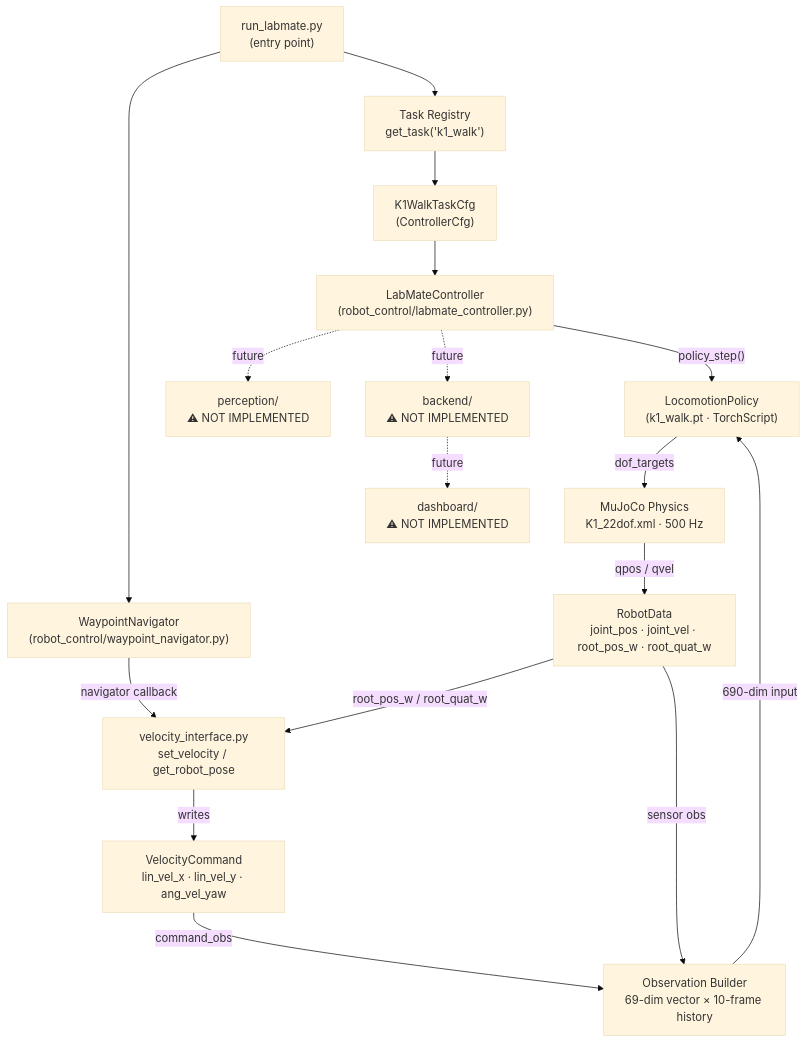
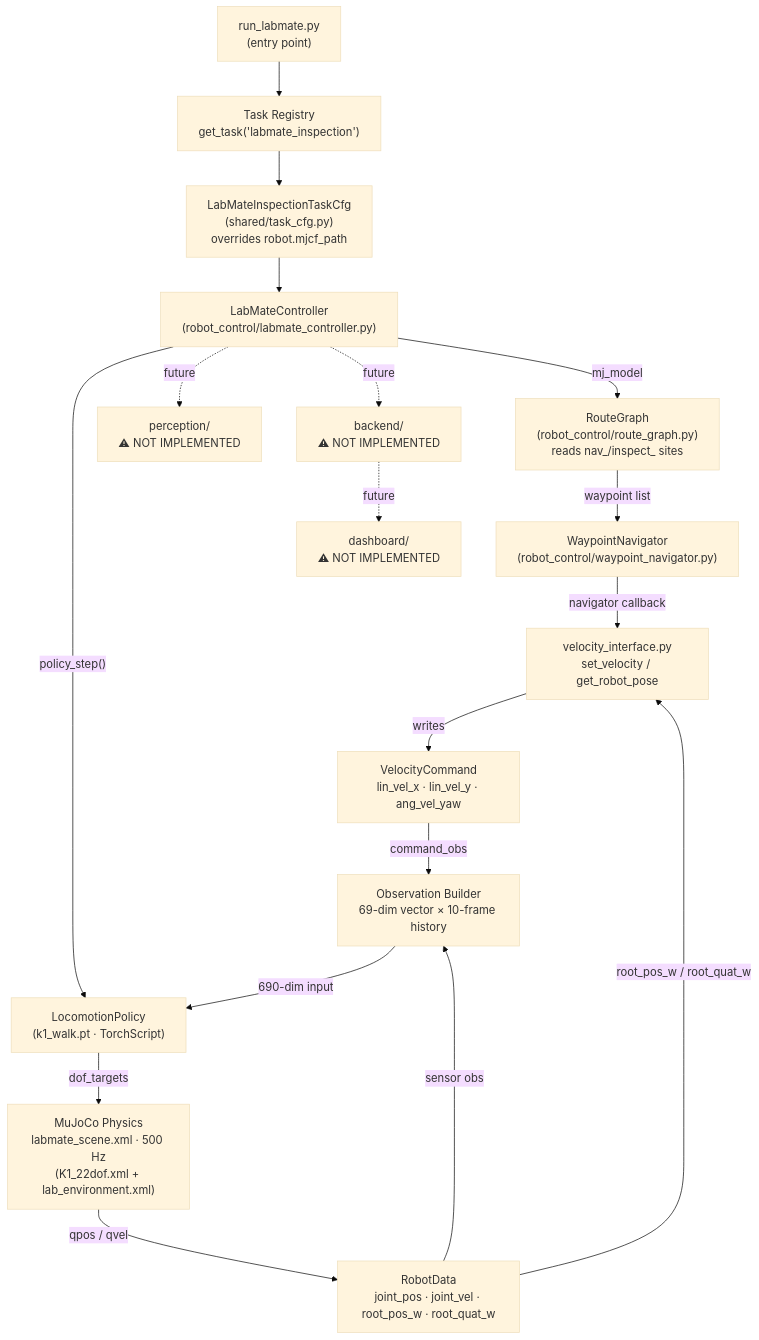
The diagram in README.md (marcravel/labmate), drawn with Mermaid (base theme) before and after one commit. The commit also changed other lines of this file and 6 other files, not shown here.

````diff
--- a/README.md
+++ b/README.md
@@ -40,34 +40,36 @@
 ```mermaid
 flowchart TD
     EP["run_labmate.py\n(entry point)"]
-    REG["Task Registry\nget_task('k1_walk')"]
-    CFG["K1WalkTaskCfg\n(ControllerCfg)"]
+    REG["Task Registry\nget_task('labmate_inspection')"]
+    CFG["LabMateInspectionTaskCfg\n(shared/task_cfg.py)\noverrides robot.mjcf_path"]
     LC["LabMateController\n(robot_control/labmate_controller.py)"]
+    RG["RouteGraph\n(robot_control/route_graph.py)\nreads nav_/inspect_ sites"]
     WN["WaypointNavigator\n(robot_control/waypoint_navigator.py)"]
     VI["velocity_interface.py\nset_velocity / get_robot_pose"]
     VC["VelocityCommand\nlin_vel_x · lin_vel_y · ang_vel_yaw"]
     LP["LocomotionPolicy\n(k1_walk.pt · TorchScript)"]
     OBS["Observation Builder\n69-dim vector × 10-frame history"]
-    MJ["MuJoCo Physics\nK1_22dof.xml · 500 Hz"]
+    MJ["MuJoCo Physics\nlabmate_scene.xml · 500 Hz\n(K1_22dof.xml + lab_environment.xml)"]
     RD["RobotData\njoint_pos · joint_vel · root_pos_w · root_quat_w"]
 
     PERC["perception/\n⚠ NOT IMPLEMENTED"]
     BACK["backend/\n⚠ NOT IMPLEMENTED"]
     DASH["dashboard/\n⚠ NOT IMPLEMENTED"]
 
     EP --> REG --> CFG --> LC
-    EP --> WN
+    LC -- "mj_model" --> RG
+    RG -- "waypoint list" --> WN
     WN -- "navigator callback" --> VI
     VI -- "writes" --> VC
     LC -- "policy_step()" --> LP
     VC -- "command_obs" --> OBS
     RD -- "sensor obs" --> OBS
     OBS -- "690-dim input" --> LP
     LP -- "dof_targets" --> MJ
     MJ -- "qpos / qvel" --> RD
     RD -- "root_pos_w / root_quat_w" --> VI
 
     LC -.->|"future"| PERC
     LC -.->|"future"| BACK
     BACK -.->|"future"| DASH
 ```
````
